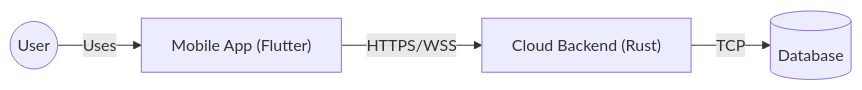
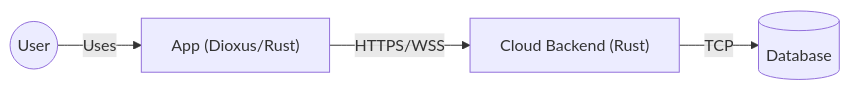
One commit to francesco-gaglione/focus_flow_cloud changed the diagram in doc/docs/architecture/overview.md. Above: the diagram before and after it, drawn with Mermaid. The commit also changed other lines of this file and 5 other files, not shown here.

````diff
--- a/doc/docs/architecture/overview.md
+++ b/doc/docs/architecture/overview.md
@@ -18,11 +18,11 @@
 ```mermaid
 graph LR
     User((User))
-    App["Mobile App (Flutter)"]
+    App["App (Dioxus/Rust)"]
     Back["Cloud Backend (Rust)"]
     DB[(Database)]
 
     User -- Uses --> App
     App -- HTTPS/WSS --> Back
     Back -- TCP --> DB
 ```
````
